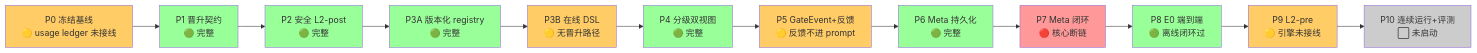
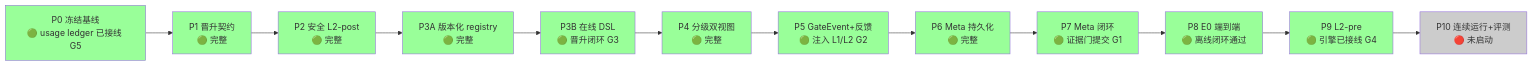
The eighth of 8 diagrams in docs/technical/SEHD_V6_FRAMEWORK_VISUAL.md (liuxinglin70-cmyk/Agent-Hallucination), drawn with Mermaid before and after one commit. The commit also changed other lines of this file and 1 other file, not shown here.

````diff
--- a/docs/technical/SEHD_V6_FRAMEWORK_VISUAL.md
+++ b/docs/technical/SEHD_V6_FRAMEWORK_VISUAL.md
@@ -254,27 +241,27 @@
 ```mermaid
 flowchart LR
-    P0[P0 冻结基线<br/>🟡 usage ledger 未接线] --> P1[P1 晋升契约<br/>🟢 完整]
+    P0[P0 冻结基线<br/>🟢 usage ledger 已接线 G5] --> P1[P1 晋升契约<br/>🟢 完整]
     P1 --> P2[P2 安全 L2-post<br/>🟢 完整]
     P2 --> P3A[P3A 版本化 registry<br/>🟢 完整]
-    P3A --> P3B[P3B 在线 DSL<br/>🟡 无晋升路径]
+    P3A --> P3B[P3B 在线 DSL<br/>🟢 晋升闭环 G3]
     P3B --> P4[P4 分级双视图<br/>🟢 完整]
-    P4 --> P5[P5 GateEvent+反馈<br/>🟡 反馈不进 prompt]
+    P4 --> P5[P5 GateEvent+反馈<br/>🟢 注入 L1/L2 G2]
     P5 --> P6[P6 Meta 持久化<br/>🟢 完整]
-    P6 --> P7[P7 Meta 闭环<br/>🔴 核心断链]
-    P7 --> P8[P8 E0 端到端<br/>🟢 离线闭环过]
-    P8 --> P9[P9 L2-pre<br/>🟡 引擎未接线]
-    P9 --> P10[P10 连续运行+评测<br/>⬜ 未启动]
+    P6 --> P7[P7 Meta 闭环<br/>🟢 证据门提交 G1]
+    P7 --> P8[P8 E0 端到端<br/>🟢 离线闭环通过]
+    P8 --> P9[P9 L2-pre<br/>🟢 引擎已接线 G4]
+    P9 --> P10[P10 连续运行+评测<br/>🔴 未启动]
 
     style P1 fill:#9f9
     style P2 fill:#9f9
     style P3A fill:#9f9
     style P4 fill:#9f9
     style P6 fill:#9f9
     style P8 fill:#9f9
-    style P0 fill:#fc6
-    style P3B fill:#fc6
-    style P5 fill:#fc6
-    style P9 fill:#fc6
-    style P7 fill:#f99
+    style P0 fill:#9f9
+    style P3B fill:#9f9
+    style P5 fill:#9f9
+    style P7 fill:#9f9
+    style P9 fill:#9f9
     style P10 fill:#ccc
 ```
````
